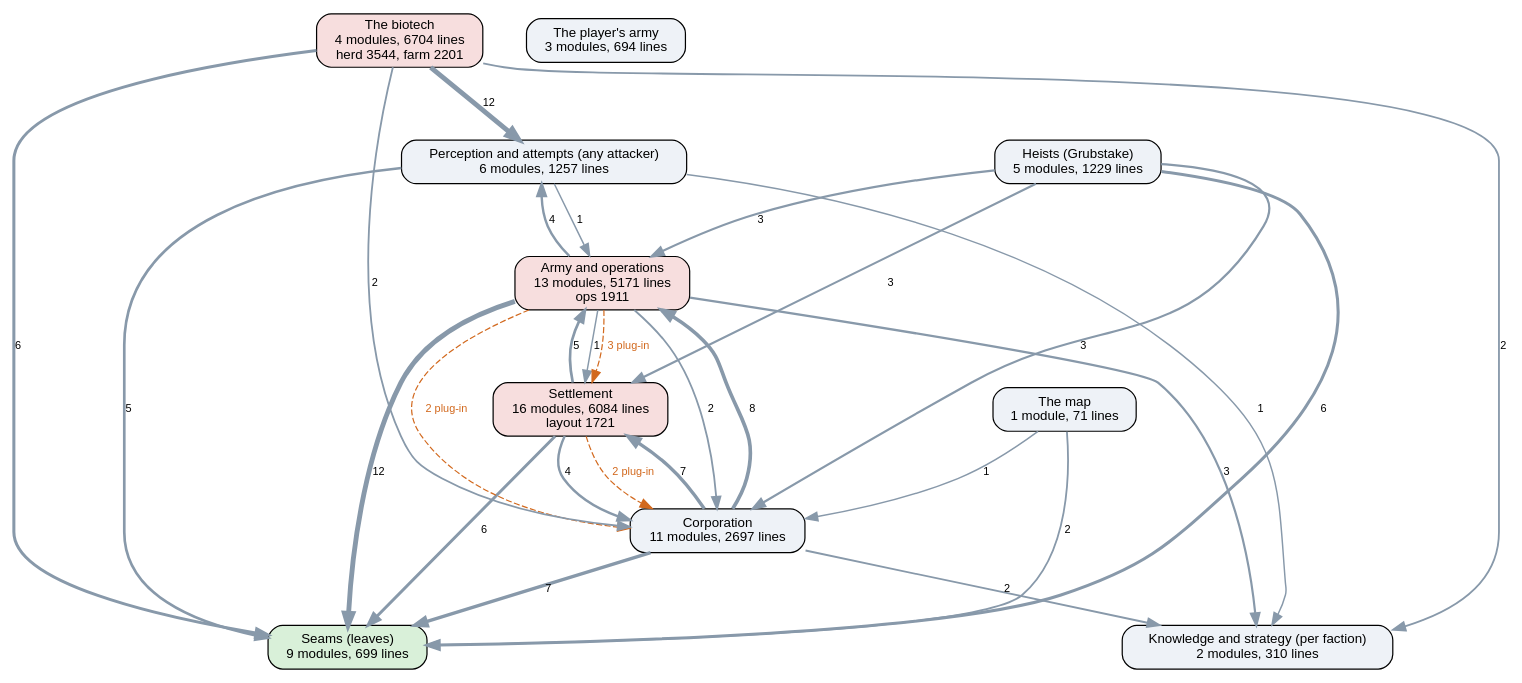
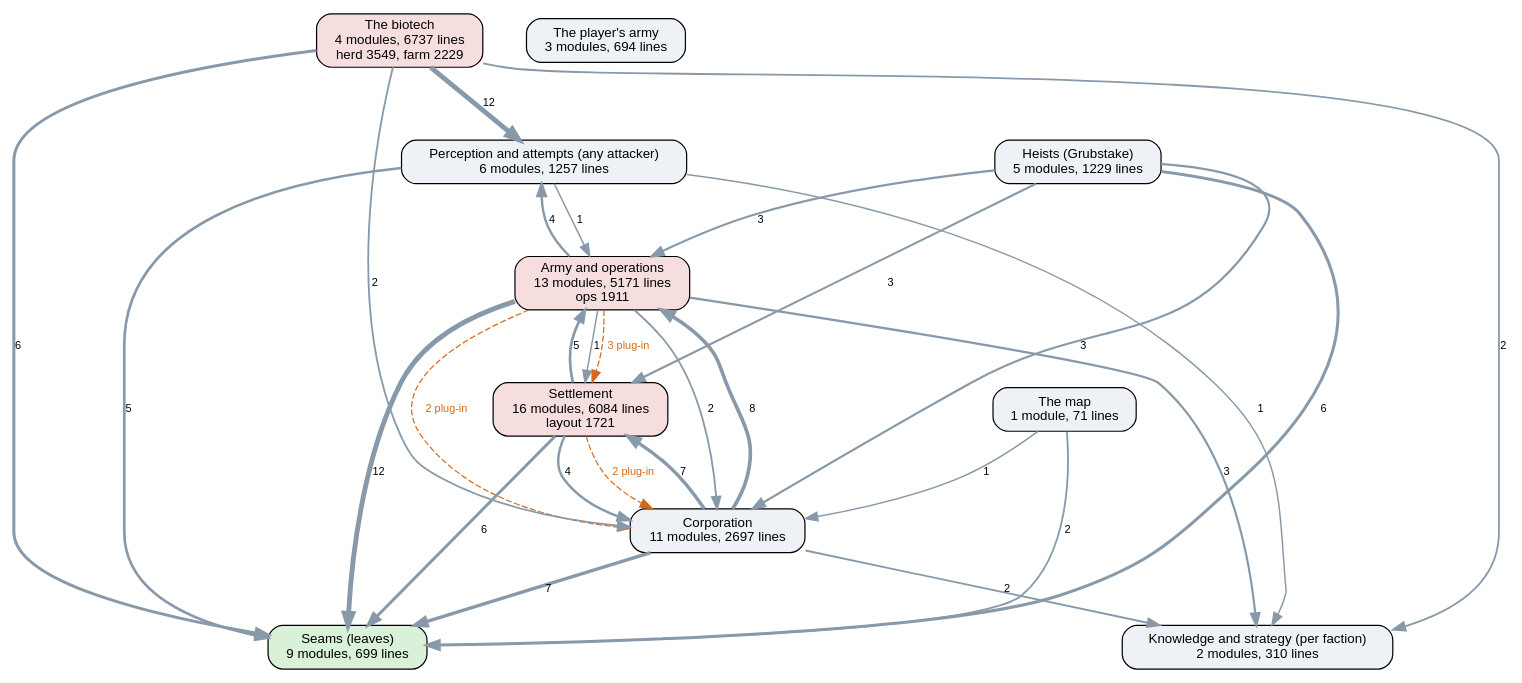
Before and after one commit to kinelhu/landing-party: the diagram in docs/ai-layers.dot, drawn with Graphviz. The commit also changed 8 other files, not shown here.

```diff
--- a/docs/ai-layers.dot
+++ b/docs/ai-layers.dot
@@ -1,43 +1,43 @@
 digraph layers {
   graph [rankdir=TB, fontname="Helvetica", nodesep=0.5, ranksep=0.7];
   node [shape=box, style="rounded,filled", fontname="Helvetica", fontsize=11, fillcolor="#eef2f7"];
   edge [color="#8899aa", fontname="Helvetica", fontsize=9];
   "Seams (leaves)" [label="Seams (leaves)\n9 modules, 699 lines", fillcolor="#d9f0d9"];
   "Perception and attempts (any attacker)" [label="Perception and attempts (any attacker)\n6 modules, 1257 lines", fillcolor="#eef2f7"];
   "Knowledge and strategy (per faction)" [label="Knowledge and strategy (per faction)\n2 modules, 310 lines", fillcolor="#eef2f7"];
   "Corporation" [label="Corporation\n11 modules, 2697 lines", fillcolor="#eef2f7"];
   "Settlement" [label="Settlement\n16 modules, 6084 lines\nlayout 1721", fillcolor="#f7dede"];
   "Army and operations" [label="Army and operations\n13 modules, 5171 lines\nops 1911", fillcolor="#f7dede"];
   "Heists (Grubstake)" [label="Heists (Grubstake)\n5 modules, 1229 lines", fillcolor="#eef2f7"];
-  "The biotech" [label="The biotech\n4 modules, 6704 lines\nherd 3544, farm 2201", fillcolor="#f7dede"];
+  "The biotech" [label="The biotech\n4 modules, 6737 lines\nherd 3549, farm 2229", fillcolor="#f7dede"];
   "The map" [label="The map\n1 module, 71 lines", fillcolor="#eef2f7"];
   "The player's army" [label="The player's army\n3 modules, 694 lines", fillcolor="#eef2f7"];
   "Army and operations" -> "Corporation" [label="2", penwidth=1.5];
   "Army and operations" -> "Knowledge and strategy (per faction)" [label="3", penwidth=1.8];
   "Army and operations" -> "Perception and attempts (any attacker)" [label="4", penwidth=2.0];
   "Army and operations" -> "Seams (leaves)" [label="12", penwidth=4.0];
   "Army and operations" -> "Settlement" [label="1", penwidth=1.2];
   "Corporation" -> "Army and operations" [label="8", penwidth=3.0];
   "Corporation" -> "Knowledge and strategy (per faction)" [label="2", penwidth=1.5];
   "Corporation" -> "Seams (leaves)" [label="7", penwidth=2.8];
   "Corporation" -> "Settlement" [label="7", penwidth=2.8];
   "Heists (Grubstake)" -> "Army and operations" [label="3", penwidth=1.8];
   "Heists (Grubstake)" -> "Corporation" [label="3", penwidth=1.8];
   "Heists (Grubstake)" -> "Seams (leaves)" [label="6", penwidth=2.5];
   "Heists (Grubstake)" -> "Settlement" [label="3", penwidth=1.8];
   "Perception and attempts (any attacker)" -> "Army and operations" [label="1", penwidth=1.2];
   "Perception and attempts (any attacker)" -> "Knowledge and strategy (per faction)" [label="1", penwidth=1.2];
   "Perception and attempts (any attacker)" -> "Seams (leaves)" [label="5", penwidth=2.2];
   "Settlement" -> "Army and operations" [label="5", penwidth=2.2];
   "Settlement" -> "Corporation" [label="4", penwidth=2.0];
   "Settlement" -> "Seams (leaves)" [label="6", penwidth=2.5];
   "The biotech" -> "Corporation" [label="2", penwidth=1.5];
   "The biotech" -> "Knowledge and strategy (per faction)" [label="2", penwidth=1.5];
   "The biotech" -> "Perception and attempts (any attacker)" [label="12", penwidth=4.0];
   "The biotech" -> "Seams (leaves)" [label="6", penwidth=2.5];
   "The map" -> "Corporation" [label="1", penwidth=1.2];
   "The map" -> "Seams (leaves)" [label="2", penwidth=1.5];
   "Army and operations" -> "Corporation" [style=dashed, color="#d2691e", fontcolor="#d2691e", label="2 plug-in"];
   "Army and operations" -> "Settlement" [style=dashed, color="#d2691e", fontcolor="#d2691e", label="3 plug-in"];
   "Settlement" -> "Corporation" [style=dashed, color="#d2691e", fontcolor="#d2691e", label="2 plug-in"];
 }
```
